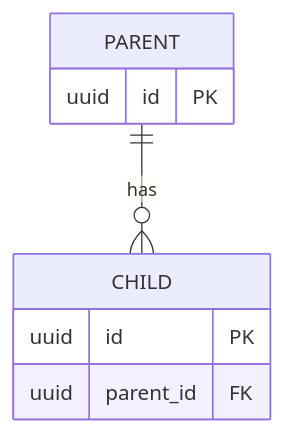
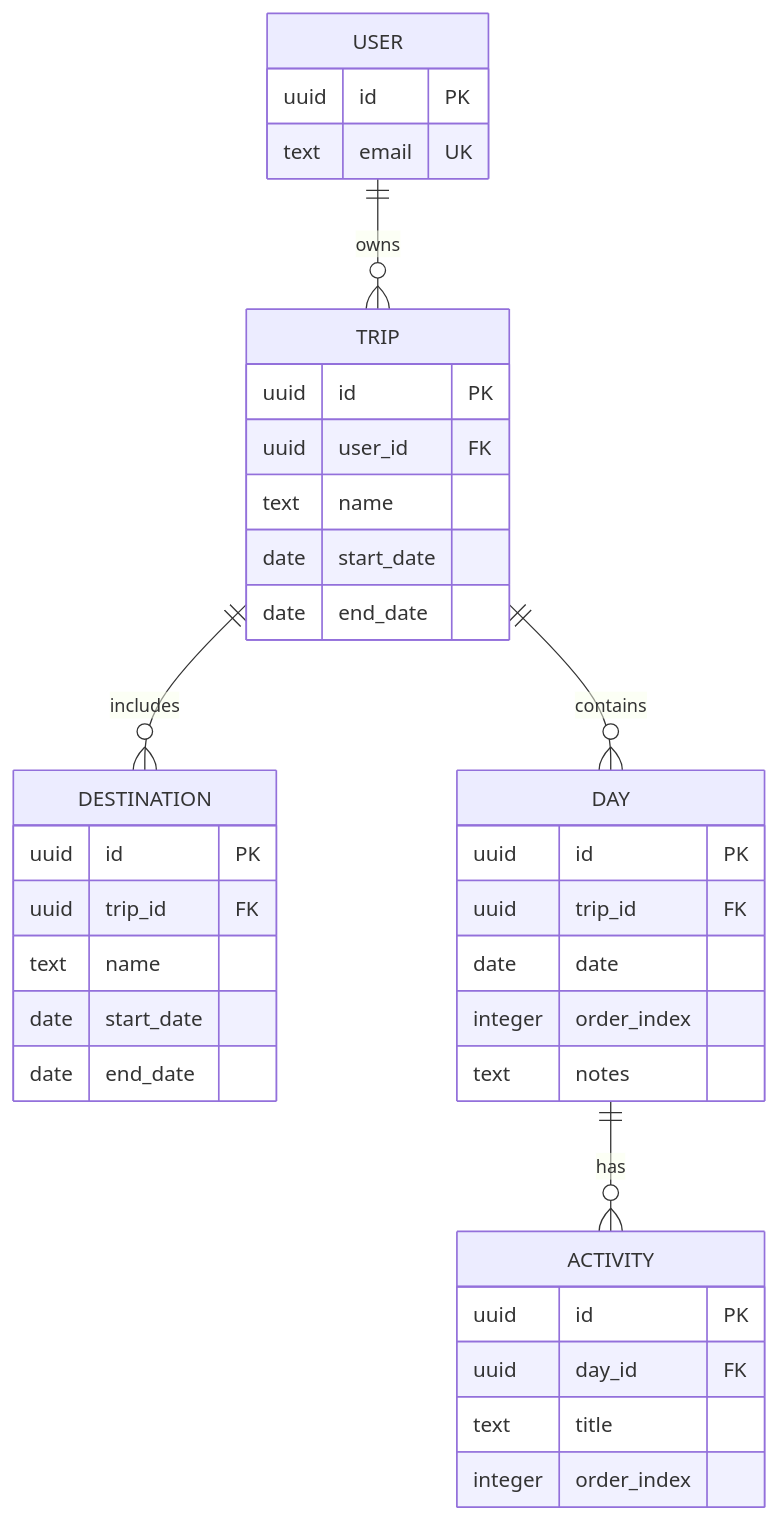
The diagram in docs/data-api-design.md (klulgjur/Team3-Project), drawn with Mermaid before and after one commit. The commit also changed other lines of this file, not shown here.

````diff
--- a/docs/data-api-design.md
+++ b/docs/data-api-design.md
@@ -52,11 +81,43 @@
 ```mermaid
 erDiagram
-  PARENT ||--o{ CHILD : "has"
-  PARENT {
+  USER ||--o{ TRIP : "owns"
+  TRIP ||--o{ DESTINATION : "includes"
+  TRIP ||--o{ DAY : "contains"
+  DAY ||--o{ ACTIVITY : "has"
+
+  USER {
     uuid id PK
+    text email UK
   }
-  CHILD {
+
+  TRIP {
     uuid id PK
-    uuid parent_id FK
+    uuid user_id FK
+    text name
+    date start_date
+    date end_date
+  }
+
+  DESTINATION {
+    uuid id PK
+    uuid trip_id FK
+    text name
+    date start_date
+    date end_date
+  }
+
+  DAY {
+    uuid id PK
+    uuid trip_id FK
+    date date
+    integer order_index
+    text notes
+  }
+
+  ACTIVITY {
+    uuid id PK
+    uuid day_id FK
+    text title
+    integer order_index
   }
 ```
````
